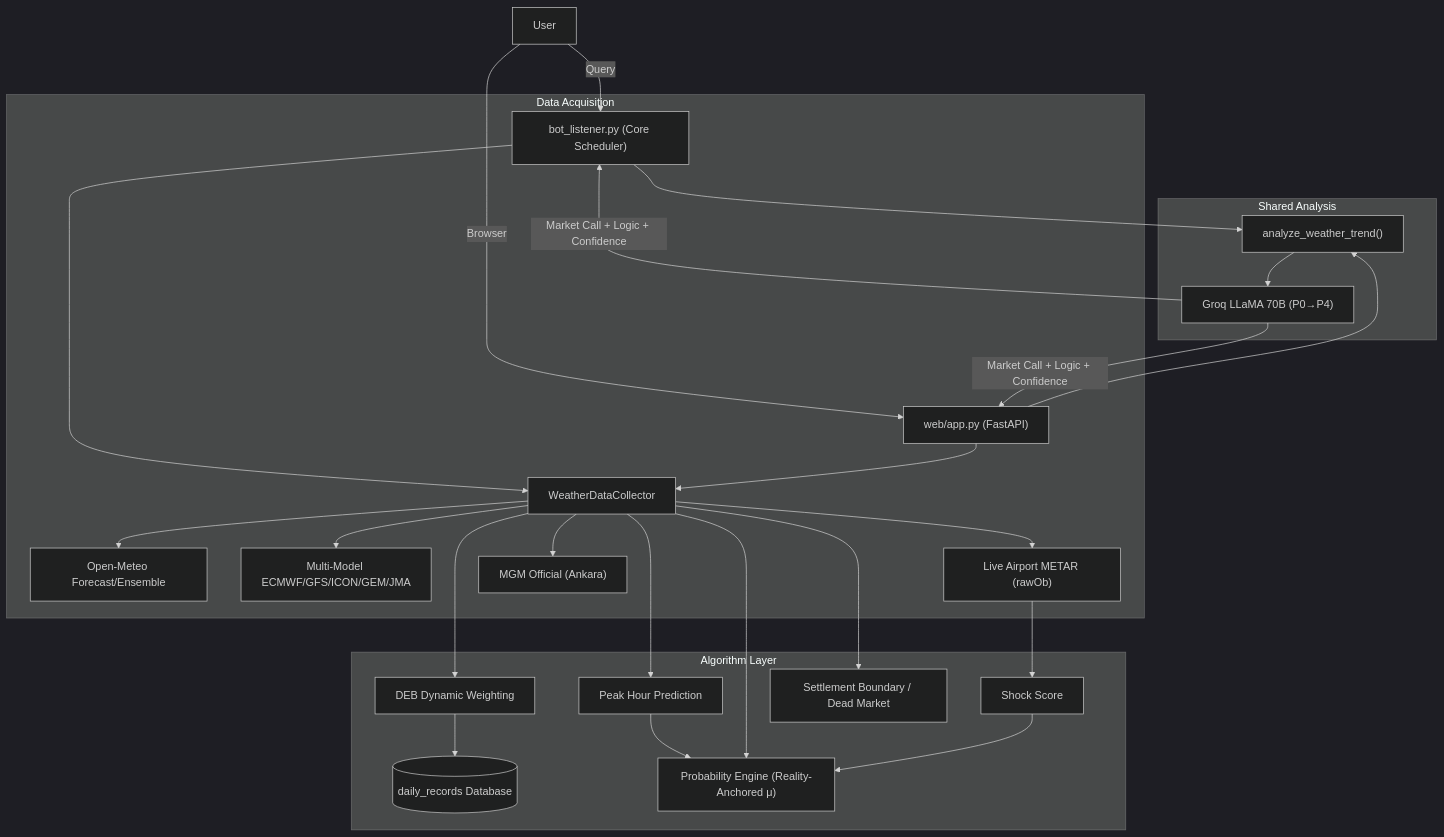
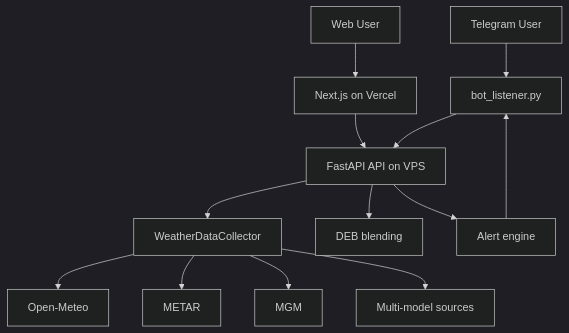
The diagram in README.md (ivanmladek/PolyWeather), drawn with Mermaid (dark theme) before and after one commit. The commit also changed other lines of this file and 6 other files, not shown here.

Commit message:
feat: Add database-backed user and subscription management, update project architecture documentation, and outline technical debt.

````diff
--- a/README.md
+++ b/README.md
@@ -155,34 +155,15 @@
 ```mermaid
 graph TD
-    User[User] -->|Query| Bot["bot_listener.py (Core Scheduler)"]
-    User -->|Browser| Web["web/app.py (FastAPI)"]
-
-    subgraph Data Acquisition
-        Bot --> Collector[WeatherDataCollector]
-        Web --> Collector
-        Collector --> OM[Open-Meteo Forecast/Ensemble]
-        Collector --> MM[Multi-Model ECMWF/GFS/ICON/GEM/JMA]
-        Collector --> METAR["Live Airport METAR (rawOb)"]
-        Collector --> MGM["MGM Official (Ankara)"]
-    end
-
-    subgraph Algorithm Layer
-        Collector --> Peak[Peak Hour Prediction]
-        Collector --> DEB[DEB Dynamic Weighting]
-        DEB --> DB[(daily_records Database)]
-        Peak --> Prob["Probability Engine (Reality-Anchored μ)"]
-        Collector --> Prob
-        METAR --> Shock[Shock Score]
-        Shock --> Prob
-        Collector --> Logic["Settlement Boundary / Dead Market"]
-    end
-
-    subgraph Shared Analysis
-        Bot --> ATF["analyze_weather_trend()"]
-        Web --> ATF
-        ATF --> AI["Groq LLaMA 70B (P0→P4)"]
-    end
-
-    AI -->|Market Call + Logic + Confidence| Bot
-    AI -->|Market Call + Logic + Confidence| Web
+    User[Telegram User] --> Bot[bot_listener.py]
+    User2[Web User] --> Vercel[Next.js on Vercel]
+    Vercel --> API[FastAPI API on VPS]
+    Bot --> API
+    API --> Collector[WeatherDataCollector]
+    Collector --> OM[Open-Meteo]
+    Collector --> METAR[METAR]
+    Collector --> MGM[MGM]
+    Collector --> MM[Multi-model sources]
+    API --> DEB[DEB blending]
+    API --> Alerts[Alert engine]
+    Alerts --> Bot
 ```
````
